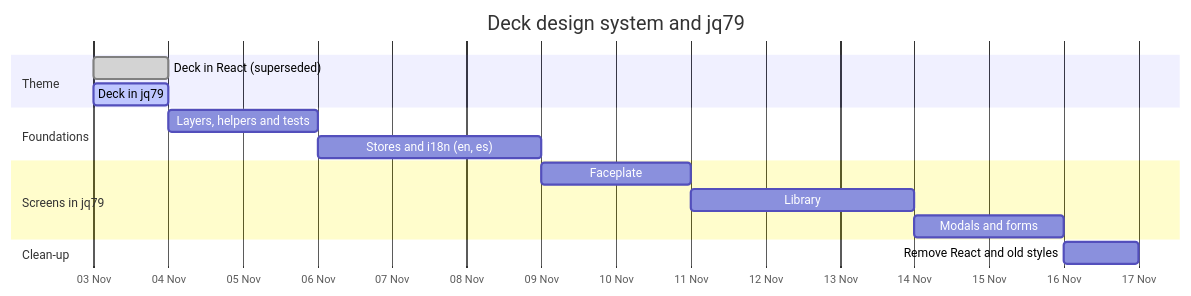
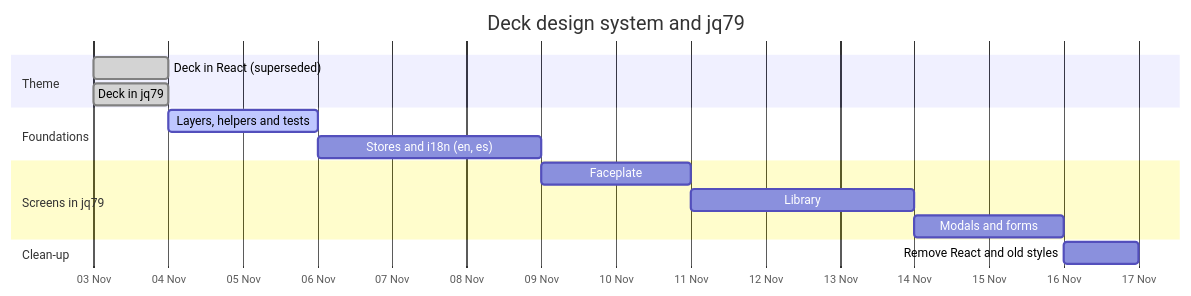
The diagram in ROADMAP/2026-11-03/deck-design-system.md (jgermade/jackbird), drawn with Mermaid before and after one commit. The commit also changed 74 other files, not shown here.

First line of the commit message:
feat(theme): port Deck to jq79 components, sized in rem with a vw root on phones

````diff
--- a/ROADMAP/2026-11-03/deck-design-system.md
+++ b/ROADMAP/2026-11-03/deck-design-system.md
@@ -8,18 +8,18 @@
 ```mermaid
 gantt
   title Deck design system and jq79
   dateFormat YYYY-MM-DD
   axisFormat %d %b
   section Theme
     Deck in React (superseded)         :done, react, 2026-11-03, 1d
-    Deck in jq79                       :active, theme, 2026-11-03, 1d
+    Deck in jq79                       :done, theme, 2026-11-03, 1d
   section Foundations
-    Layers, helpers and tests          :layers, after theme, 2d
+    Layers, helpers and tests          :active, layers, after theme, 2d
     Stores and i18n (en, es)           :stores, after layers, 3d
   section Screens in jq79
     Faceplate                          :face, after stores, 2d
     Library                            :lib, after face, 3d
     Modals and forms                   :forms, after lib, 2d
   section Clean-up
     Remove React and old styles        :clean, after forms, 1d
 ```
````
